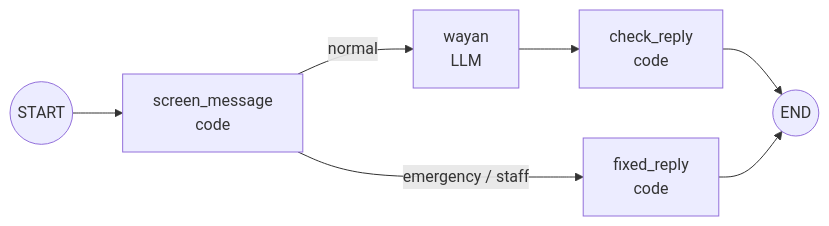
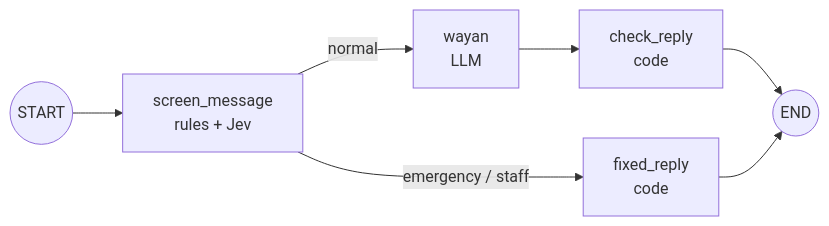
Before and after one commit to rozi-bb/avatar-chatbot: the third of 3 diagrams in docs/architecture.md, drawn with Mermaid. The commit also changed other lines of this file and 13 other files, not shown here.

First line of the commit message:
feat: give the message screen a second look with TypeSafe Jev

````diff
--- a/docs/architecture.md
+++ b/docs/architecture.md
@@ -101,9 +103,9 @@
 ```mermaid
 flowchart LR
-    S((START)) --> SC["screen_message<br/>code"]
+    S((START)) --> SC["screen_message<br/>rules + Jev"]
     SC -- "emergency / staff" --> FX["fixed_reply<br/>code"]
     SC -- normal --> W["wayan<br/>LLM"]
     W --> CK["check_reply<br/>code"]
     CK --> E((END))
     FX --> E
 ```
````
